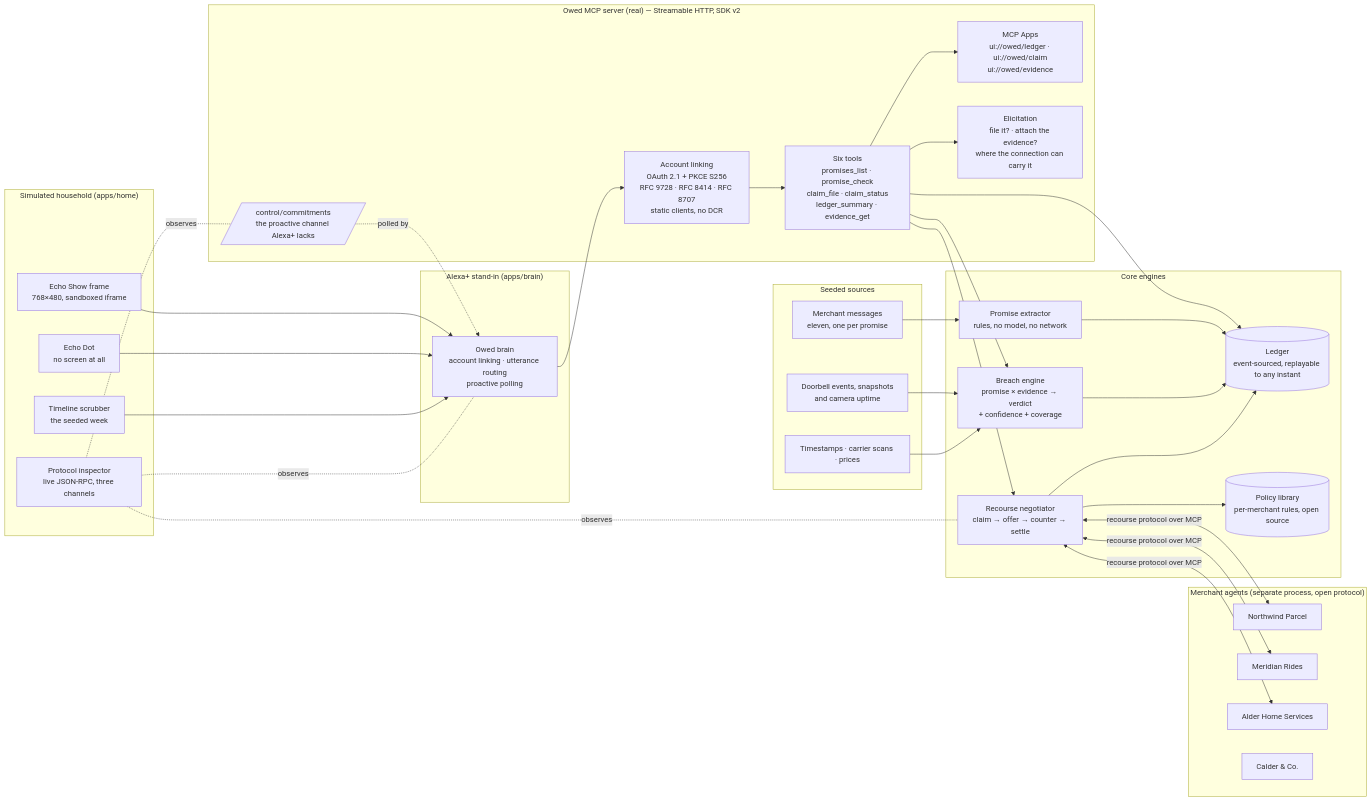
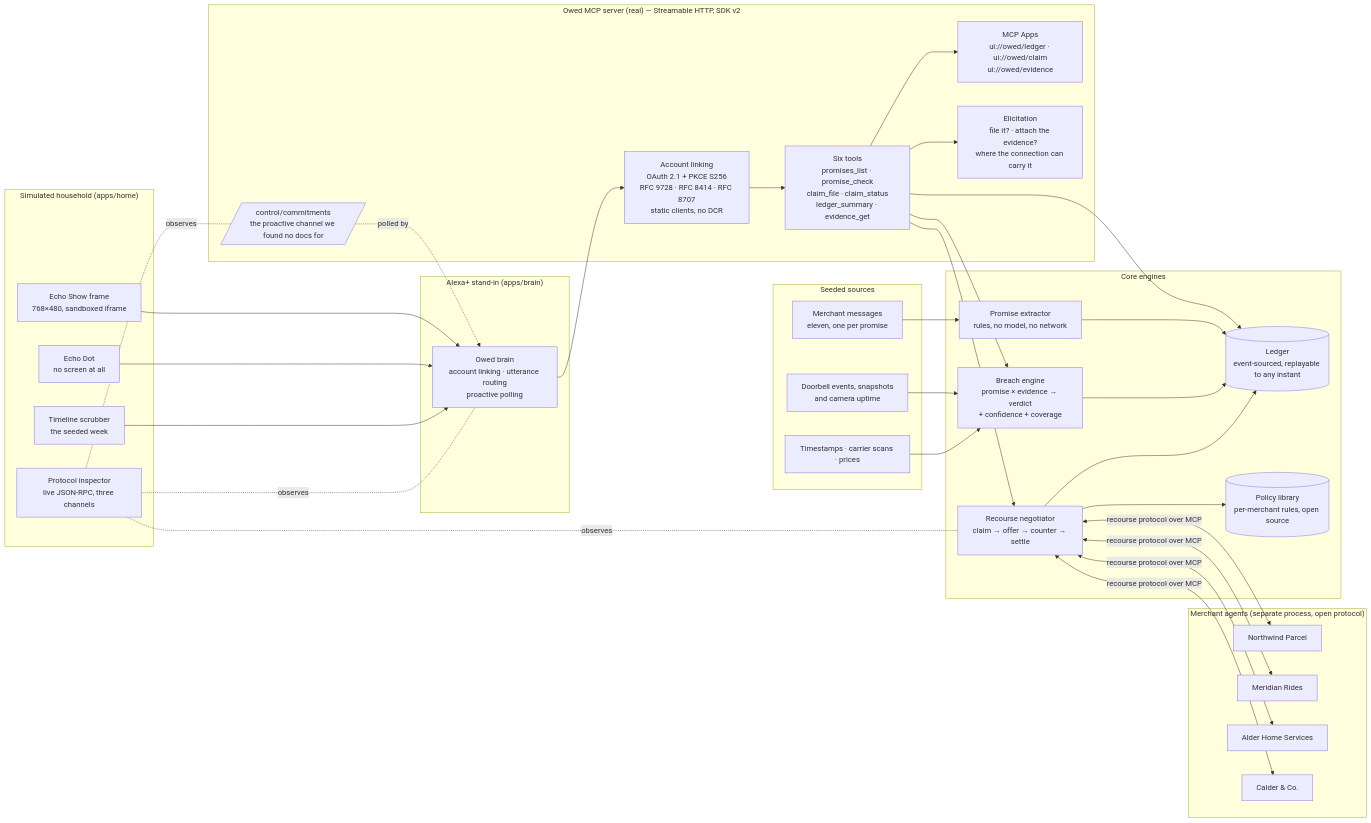
Before and after one commit to kaustubh76/Owed: the first of 3 diagrams in readme.md, drawn with Mermaid. The commit also changed other lines of this file and 8 other files, not shown here.

````diff
--- a/readme.md
+++ b/readme.md
@@ -57,57 +57,57 @@
 ```mermaid
 flowchart LR
     subgraph HOUSEHOLD["Simulated household (apps/home)"]
         ES[Echo Show frame<br/>768×480, sandboxed iframe]
         DOT[Echo Dot<br/>no screen at all]
         TL[Timeline scrubber<br/>the seeded week]
         INS[Protocol inspector<br/>live JSON-RPC, three channels]
     end
 
     subgraph STANDIN["Alexa+ stand-in (apps/brain)"]
         BRAIN[Owed brain<br/>account linking · utterance routing<br/>proactive polling]
     end
 
     subgraph OWED["Owed MCP server (real) — Streamable HTTP, SDK v2"]
         AUTH[Account linking<br/>OAuth 2.1 + PKCE S256<br/>RFC 9728 · RFC 8414 · RFC 8707<br/>static clients, no DCR]
         TOOLS[Six tools<br/>promises_list · promise_check<br/>claim_file · claim_status<br/>ledger_summary · evidence_get]
         UI[MCP Apps<br/>ui://owed/ledger · ui://owed/claim<br/>ui://owed/evidence]
         ELIC[Elicitation<br/>file it? · attach the evidence?<br/>where the connection can carry it]
-        CME[/control/commitments<br/>the proactive channel Alexa+ lacks/]
+        CME[/control/commitments<br/>the proactive channel we found no docs for/]
     end
 
     subgraph CORE["Core engines"]
         EXT[Promise extractor<br/>rules, no model, no network]
         BRE[Breach engine<br/>promise × evidence → verdict<br/>+ confidence + coverage]
         NEG[Recourse negotiator<br/>claim → offer → counter → settle]
         LED[(Ledger<br/>event-sourced, replayable to any instant)]
         POL[(Policy library<br/>per-merchant rules, open source)]
     end
 
     subgraph SOURCES["Seeded sources"]
         MSG[Merchant messages<br/>eleven, one per promise]
         DOOR[Doorbell events, snapshots<br/>and camera uptime]
         CLOCK[Timestamps · carrier scans · prices]
     end
 
     subgraph MERCH["Merchant agents (separate process, open protocol)"]
         M1[Northwind Parcel]
         M2[Meridian Rides]
         M3[Alder Home Services]
         M4["Calder & Co."]
     end
 
     ES & DOT & TL --> BRAIN
     BRAIN --> AUTH --> TOOLS
     CME -.polled by.-> BRAIN
     TOOLS --> UI
     TOOLS --> ELIC
     TOOLS --> BRE & LED
     MSG --> EXT --> LED
     DOOR & CLOCK --> BRE
     BRE --> LED
     TOOLS --> NEG
-    NEG <-->|recourse protocol over MCP| M1 & M2 & M3
+    NEG <-->|recourse protocol over MCP| M1 & M2 & M3 & M4
     NEG --> POL
     NEG --> LED
     INS -.observes.- BRAIN & NEG & CME
 ```
````
